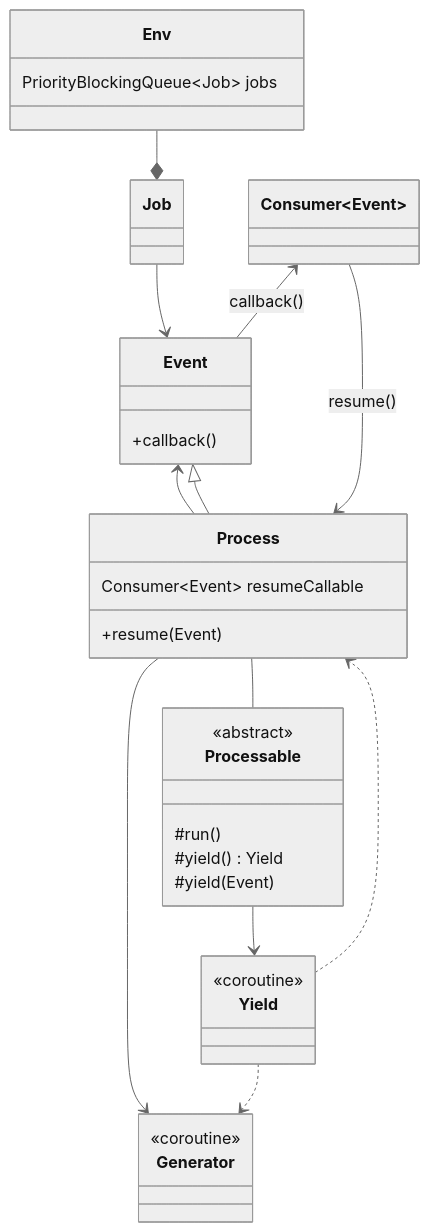
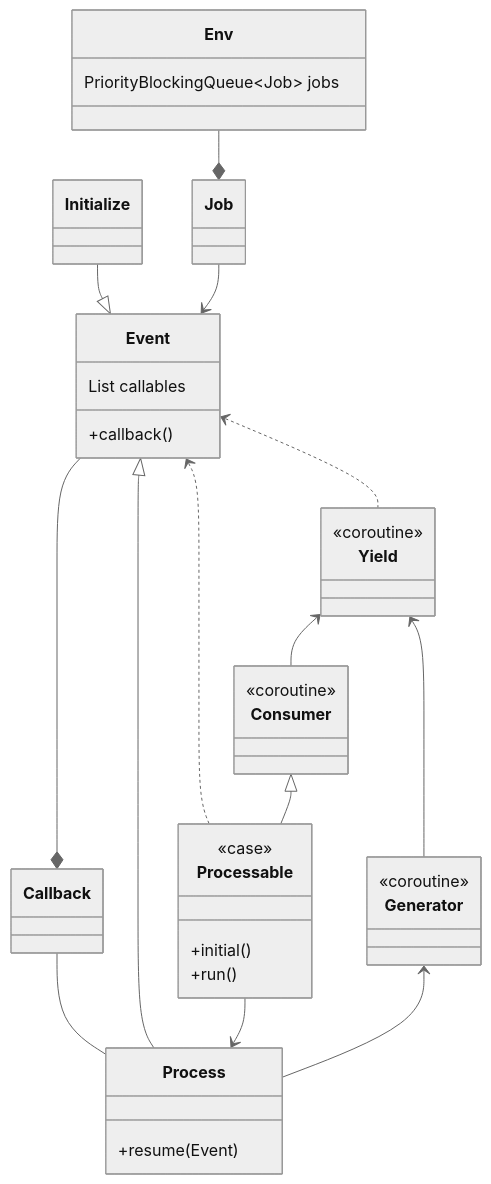
The ninth of 11 diagrams in README.md (uia4j/uia-sim), drawn with Mermaid (neutral theme) before and after one commit. The commit also changed other lines of this file and 3 other files, not shown here.

````diff
--- a/README.md
+++ b/README.md
@@ -219,30 +221,33 @@
 ```mermaid
 classDiagram
 
     Env --* Job
+    Initialize --|> Event
     Job --> Event
-    Event <-- Process
+    Event <.. Yield
+    Event -- * Callback 
+    Callback -- Process
     Event <|-- Process
-    Process -- Processable
-    Consumer~Event~ --> Process: resume()
-    Consumer~Event~ <--Event : callback()
-    Process --> Generator
-    Processable --> Yield
-    Env: PriorityBlockingQueue~Job~ jobs
-    Yield ..> Process
-    Yield ..> Generator
+    Event <.. Processable
+    Yield <-- Consumer
+    Yield <-- Generator
+    Consumer <|-- Processable
+    Processable --> Process  
+    Generator <-- Process
 
     <<coroutine>> Yield
     <<coroutine>> Generator
-    <<abstract>> Processable
+    <<coroutine>> Consumer
+    <<case>> Processable
 
-    Process: Consumer~Event~ resumeCallable
+    Env: PriorityBlockingQueue~Job~ jobs
+
     Process: +resume(Event)
 
-    Processable: #run()
-    Processable: #yield() Yield
-    Processable: #yield(Event)
+    Processable: +initial()
+    Processable: +run()
 
+    Event: List callables
     Event: +callback()
 
 ```
````
